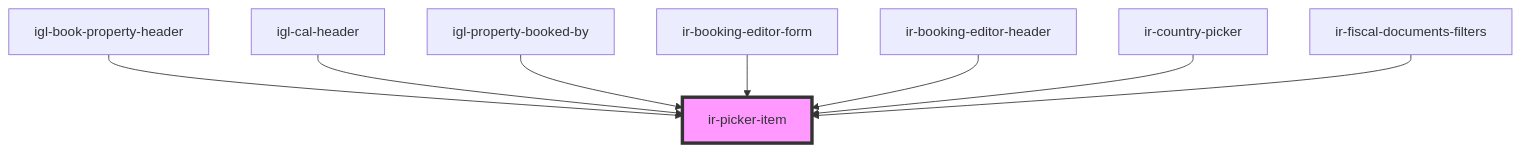
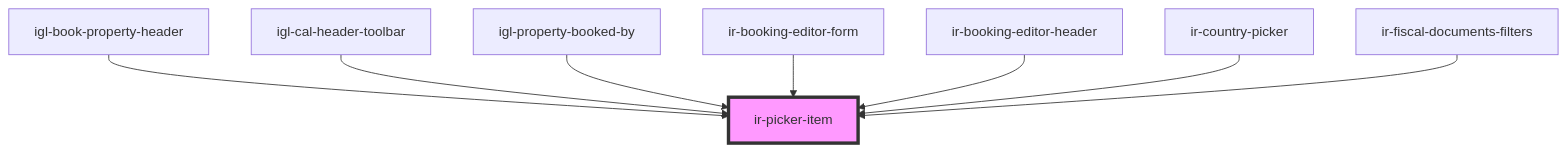
The diagram in src/components/ui/ir-picker/ir-picker-item/readme.md (RonyRizk/ir-webcmp), drawn with Mermaid before and after one commit. The commit also changed other lines of this file and 244 other files, not shown here.

````diff
--- a/src/components/ui/ir-picker/ir-picker-item/readme.md
+++ b/src/components/ui/ir-picker/ir-picker-item/readme.md
@@ -40,11 +40,11 @@
 ```mermaid
 graph TD;
   igl-book-property-header --> ir-picker-item
-  igl-cal-header --> ir-picker-item
+  igl-cal-header-toolbar --> ir-picker-item
   igl-property-booked-by --> ir-picker-item
   ir-booking-editor-form --> ir-picker-item
   ir-booking-editor-header --> ir-picker-item
   ir-country-picker --> ir-picker-item
   ir-fiscal-documents-filters --> ir-picker-item
   style ir-picker-item fill:#f9f,stroke:#333,stroke-width:4px
 ```
````
